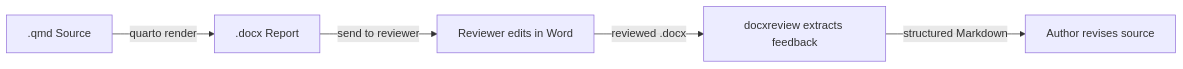
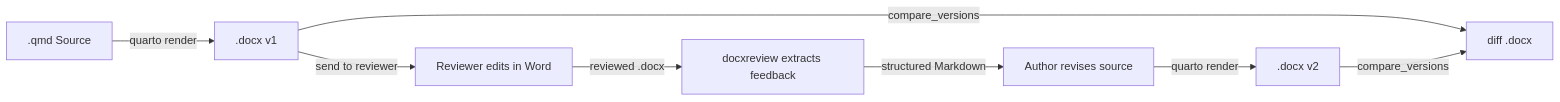
Before and after one commit to SchmidtPaul/docxreview: the diagram in README.md, drawn with Mermaid. The commit also changed other lines of this file and 23 other files, not shown here.

First line of the commit message:
Add page/section context, compare_versions, robustness fixes, multi-round workflow docs

````diff
--- a/README.md
+++ b/README.md
@@ -44,7 +44,9 @@
 ```mermaid
 flowchart LR
-    A[".qmd Source"] -->|"quarto render"| B[".docx Report"]
+    A[".qmd Source"] -->|"quarto render"| B[".docx v1"]
     B -->|"send to reviewer"| C["Reviewer edits in Word"]
     C -->|"reviewed .docx"| D["docxreview extracts feedback"]
     D -->|"structured Markdown"| E["Author revises source"]
+    E -->|"quarto render"| F[".docx v2"]
+    B & F -->|"compare_versions"| G["diff .docx"]
 ```
````
